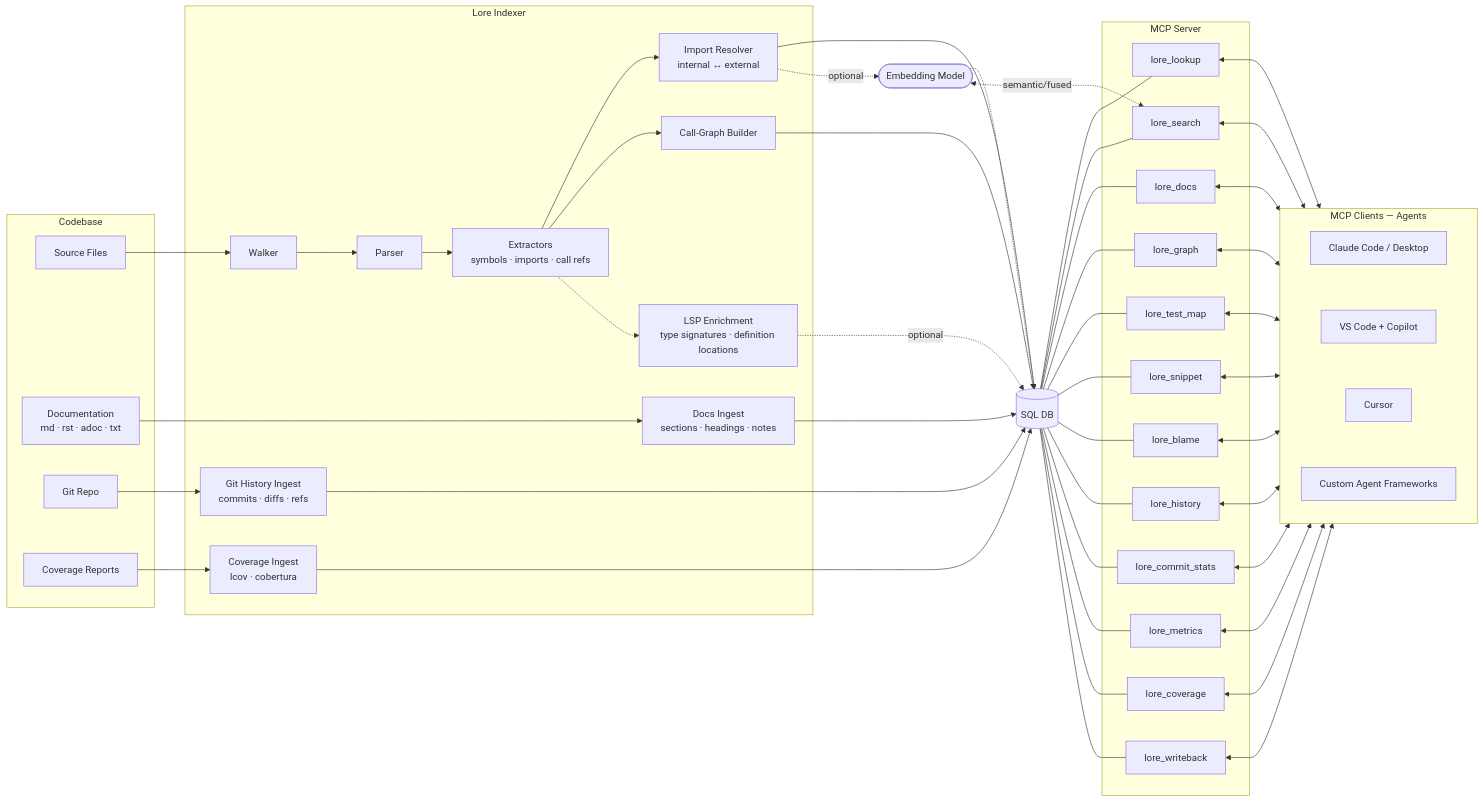
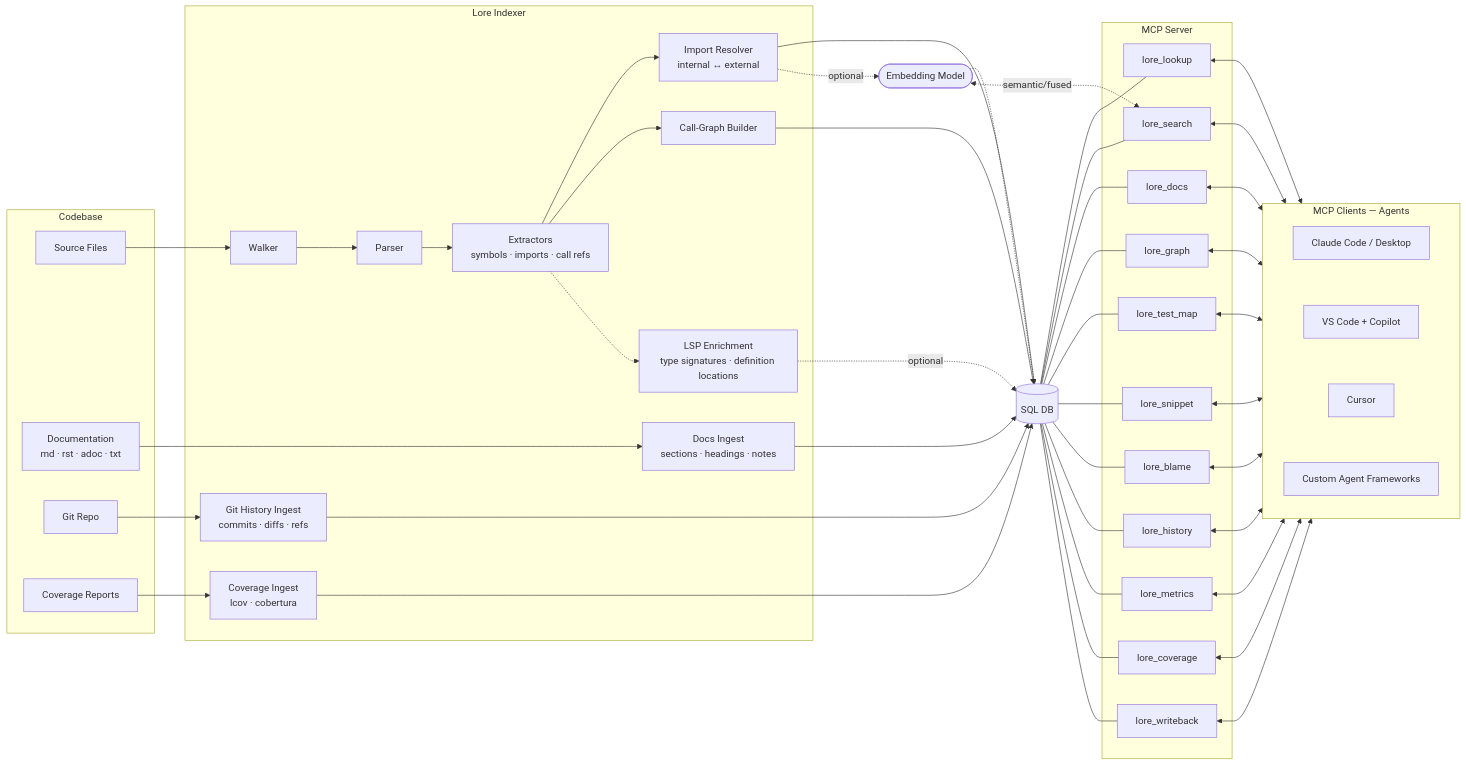
The diagram in README.md (jafreck/Lore), drawn with Mermaid before and after one commit. The commit also changed other lines of this file and 1 other file, not shown here.

````diff
--- a/README.md
+++ b/README.md
@@ -28,60 +28,59 @@
 ```mermaid
 flowchart LR
     subgraph Codebase
         SRC[Source Files]
         DOCS[Documentation<br/>md · rst · adoc · txt]
         GIT[Git Repo]
         COV[Coverage Reports]
     end
 
     subgraph Lore Indexer
         WALK[Walker] --> PARSE[Parser] --> EXTRACT[Extractors<br/>symbols · imports · call refs]
         EXTRACT --> RESOLVE[Import Resolver<br/>internal ↔ external]
         EXTRACT --> CALLGRAPH[Call-Graph Builder]
         EXTRACT -.-> LSPENRICH[LSP Enrichment<br/>type signatures · definition locations]
         DOCSINGEST[Docs Ingest<br/>sections · headings · notes]
         GITHIST[Git History Ingest<br/>commits · diffs · refs]
         COVINGEST[Coverage Ingest<br/>lcov · cobertura]
     end
 
     DB[(SQL DB)]
     EMBED([Embedding Model])
 
     subgraph MCP Server
         LOOKUP[lore_lookup]
         SEARCH[lore_search]
         DOCS_TOOL[lore_docs]
         GRAPH[lore_graph]
         TESTMAP[lore_test_map]
         SNIPPET[lore_snippet]
         BLAME[lore_blame]
         HISTORY[lore_history]
-        COMMITSTATS[lore_commit_stats]
         METRICS[lore_metrics]
         COVERAGE[lore_coverage]
         WRITEBACK[lore_writeback]
     end
 
     subgraph MCP_CLIENTS[MCP Clients — Agents]
         CLAUDE_CODE[Claude Code / Desktop]
         COPILOT[VS Code + Copilot]
         CURSOR[Cursor]
         CUSTOM[Custom Agent Frameworks]
         CLAUDE_CODE ~~~ COPILOT ~~~ CURSOR ~~~ CUSTOM
     end
 
     SRC --> WALK
     DOCS --> DOCSINGEST --> DB
     GIT --> GITHIST --> DB
     COV --> COVINGEST --> DB
 
     RESOLVE & CALLGRAPH --> DB
     LSPENRICH -.->|optional| DB
     RESOLVE -.->|optional| EMBED
     EMBED -.-> DB
 
-    DB --- LOOKUP & SEARCH & DOCS_TOOL & GRAPH & TESTMAP & SNIPPET & BLAME & HISTORY & COMMITSTATS & METRICS & COVERAGE & WRITEBACK
+    DB --- LOOKUP & SEARCH & DOCS_TOOL & GRAPH & TESTMAP & SNIPPET & BLAME & HISTORY & METRICS & COVERAGE & WRITEBACK
     EMBED <-.->|semantic/fused| SEARCH
 
-    LOOKUP & SEARCH & DOCS_TOOL & GRAPH & TESTMAP & SNIPPET & BLAME & HISTORY & COMMITSTATS & METRICS & COVERAGE & WRITEBACK <--> MCP_CLIENTS
+    LOOKUP & SEARCH & DOCS_TOOL & GRAPH & TESTMAP & SNIPPET & BLAME & HISTORY & METRICS & COVERAGE & WRITEBACK <--> MCP_CLIENTS
 ```
````
